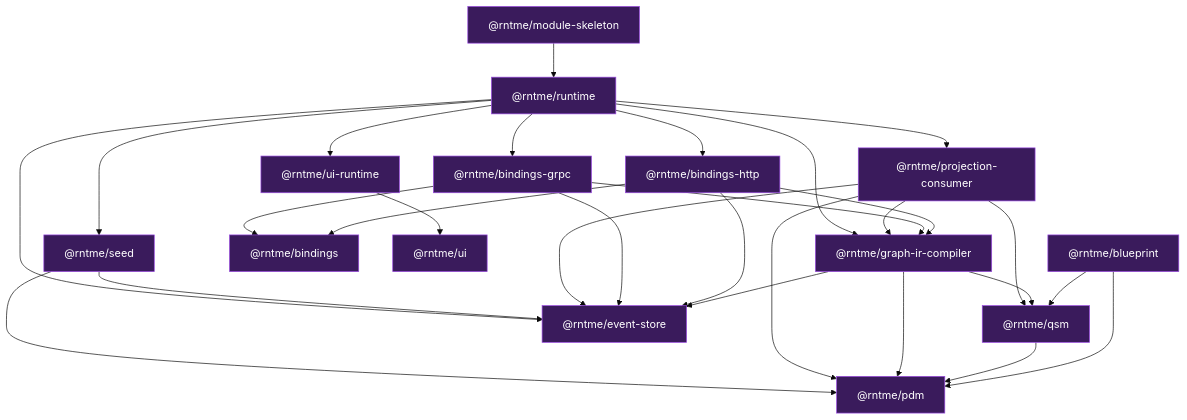
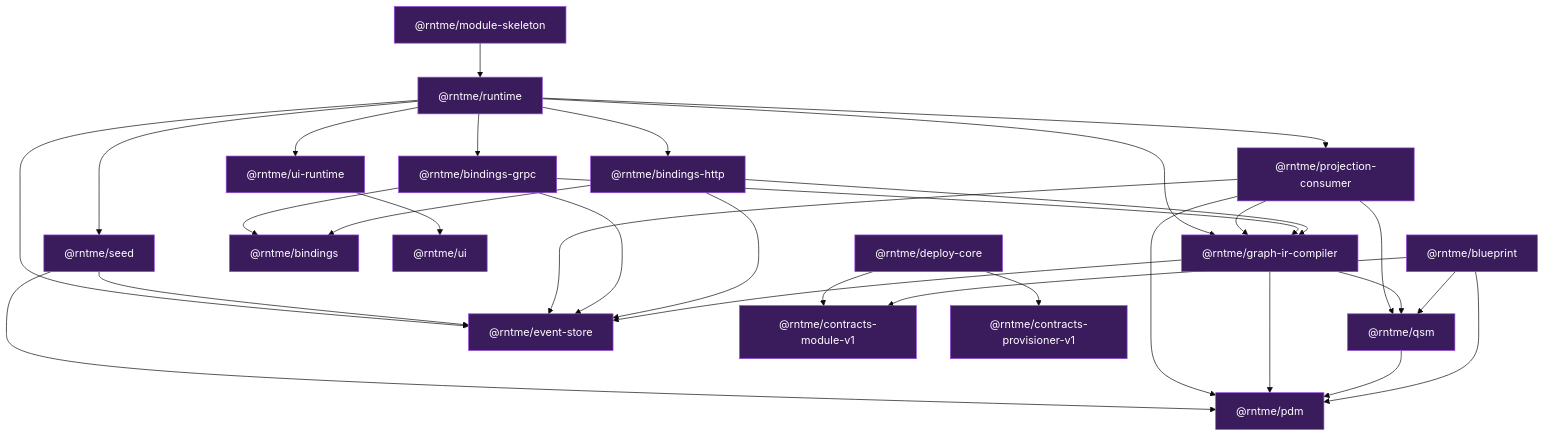
One commit to vladprrs/rntme changed the second of 2 diagrams in README.md. Above: the diagram before and after it, drawn with Mermaid (base theme). The commit also changed other lines of this file and 49 other files, not shown here.

First line of the commit message:
refactor(contracts): extract contracts-provisioner-v1 (#144)

````diff
--- a/README.md
+++ b/README.md
@@ -140,31 +142,35 @@
 ```mermaid
 flowchart TB
     classDef pkg fill:#3a1b5c,stroke:#9a4ae2,color:#fff;
     classDef demo fill:#1b5c3a,stroke:#4ae29a,color:#fff;
 
     BP["@rntme/blueprint"]:::pkg
     PDM["@rntme/pdm"]:::pkg
     QSM["@rntme/qsm"]:::pkg
     ES["@rntme/event-store"]:::pkg
     GIR["@rntme/graph-ir-compiler"]:::pkg
     B["@rntme/bindings"]:::pkg
     BH["@rntme/bindings-http"]:::pkg
     BG["@rntme/bindings-grpc"]:::pkg
     UI["@rntme/ui"]:::pkg
     UIR["@rntme/ui-runtime"]:::pkg
     PC["@rntme/projection-consumer"]:::pkg
     SD["@rntme/seed"]:::pkg
     RT["@rntme/runtime"]:::pkg
     MS["@rntme/module-skeleton"]:::pkg
+    CMV1["@rntme/contracts-module-v1"]:::pkg
+    CPV1["@rntme/contracts-provisioner-v1"]:::pkg
+    DC["@rntme/deploy-core"]:::pkg
 
-    BP --> PDM & QSM
+    BP --> PDM & QSM & CMV1
     QSM --> PDM
     GIR --> PDM & QSM & ES
     BH --> B & GIR & ES
     BG --> B & GIR & ES
     UIR --> UI
     PC --> ES & GIR & PDM & QSM
     SD --> ES & PDM
     RT --> BH & BG & UIR & PC & SD & GIR & ES
     MS --> RT
+    DC --> CMV1 & CPV1
 ```
````
